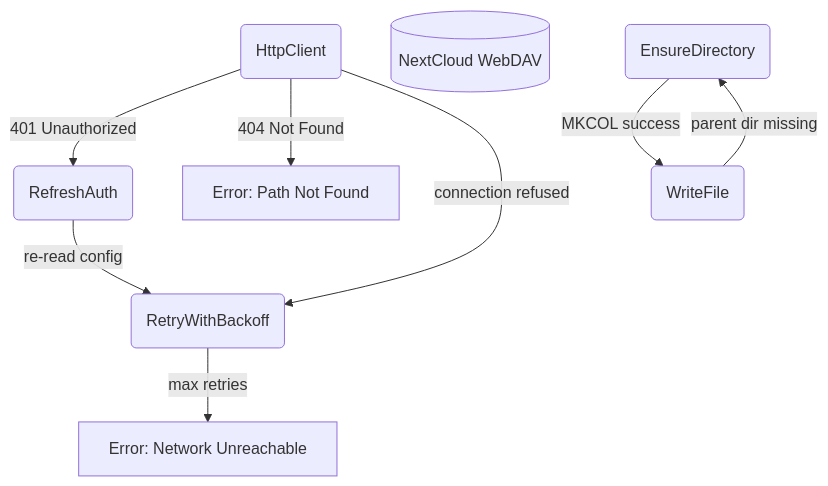
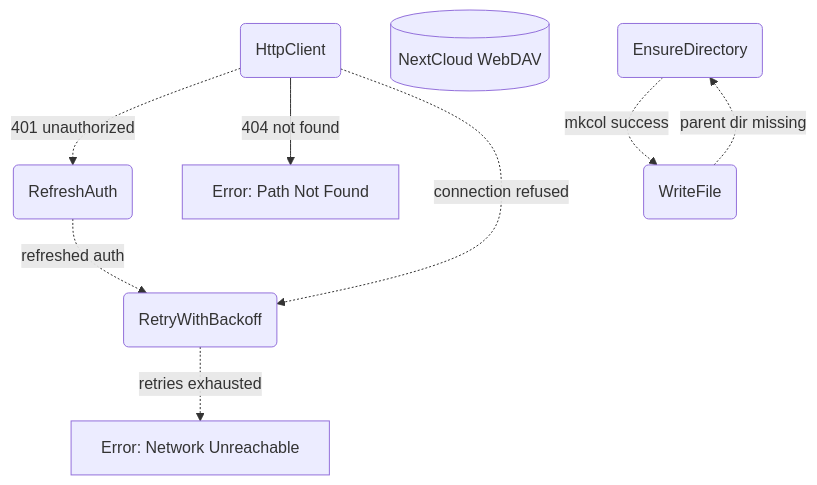
One commit to cosmoswafer/rockbot changed the second of 3 diagrams in _dfds/webdav.md. Above: the diagram before and after it, drawn with Mermaid. The commit also changed other lines of this file and 7 other files, not shown here.

````diff
--- a/_dfds/webdav.md
+++ b/_dfds/webdav.md
@@ -49,19 +47,19 @@
 ```mermaid
 flowchart TD
     HTTP(HttpClient)
     NC[(NextCloud WebDAV)]
     AUTH_REFRESH(RefreshAuth)
     RETRY(RetryWithBackoff)
     ERR_404[Error: Path Not Found]
     ERR_NET[Error: Network Unreachable]
     MKDIR(EnsureDirectory)
     WRITE(WriteFile)
 
-    HTTP -->|"401 Unauthorized"| AUTH_REFRESH
-    AUTH_REFRESH -->|"re-read config"| RETRY
-    HTTP -->|"404 Not Found"| ERR_404
-    HTTP -->|"connection refused"| RETRY
-    RETRY -->|"max retries"| ERR_NET
-    WRITE -->|"parent dir missing"| MKDIR
-    MKDIR -->|"MKCOL success"| WRITE
+    HTTP -.->|"401 unauthorized"| AUTH_REFRESH
+    AUTH_REFRESH -.->|"refreshed auth"| RETRY
+    HTTP -->|"404 not found"| ERR_404
+    HTTP -.->|"connection refused"| RETRY
+    RETRY -.->|"retries exhausted"| ERR_NET
+    WRITE -.->|"parent dir missing"| MKDIR
+    MKDIR -.->|"mkcol success"| WRITE
 ```
````
